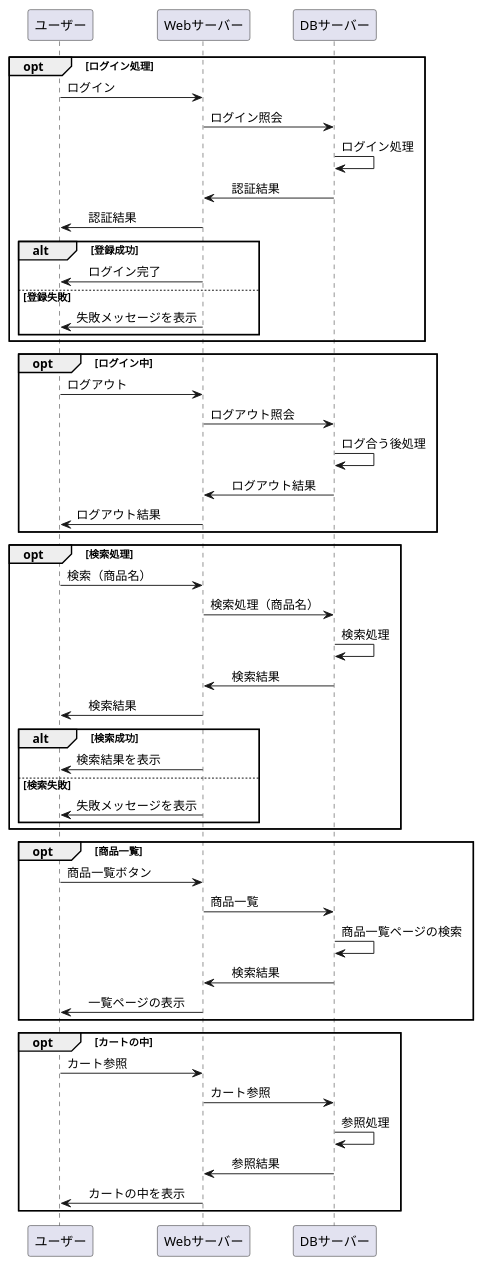
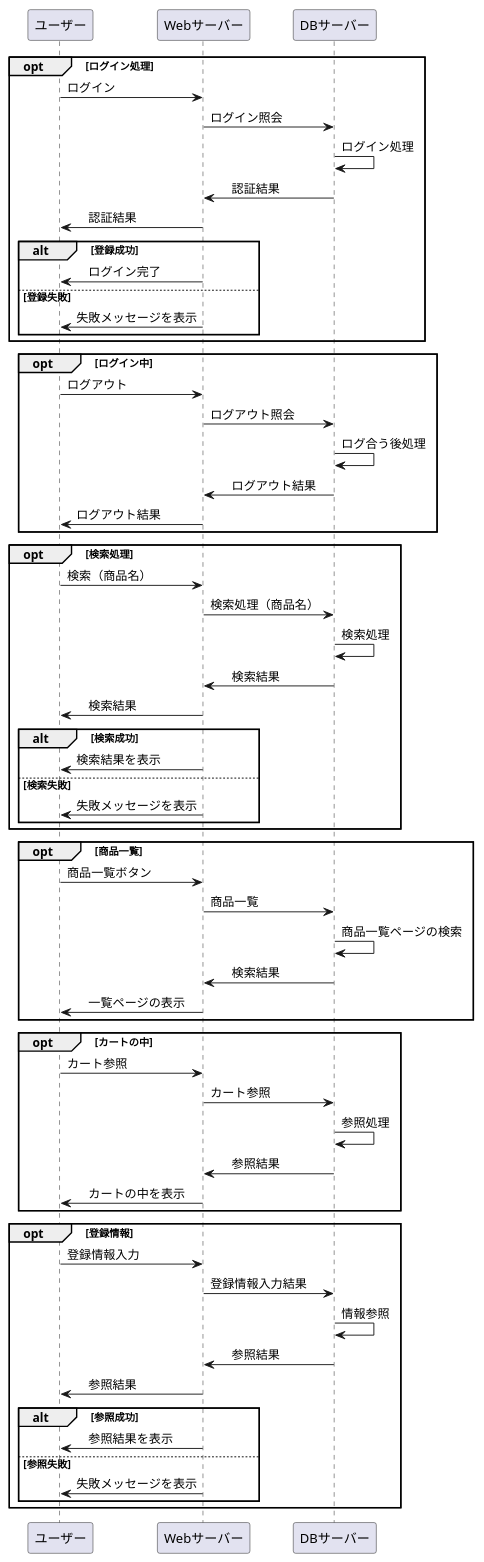
The diagram in sampleGH.md (Aso2101121/2021sys-design), drawn with PlantUML before and after one commit.

````diff
--- a/sampleGH.md
+++ b/sampleGH.md
@@ -1,63 +1,79 @@
 ```uml
 @startuml
 opt ログイン処理
 ユーザー -> Webサーバー : ログイン
 Webサーバー -> DBサーバー : ログイン照会
 DBサーバー -> DBサーバー : ログイン処理
 DBサーバー -> Webサーバー :　認証結果
 Webサーバー -> ユーザー :　認証結果
 
 alt 登録成功
 Webサーバー -> ユーザー :　ログイン完了 
 
 else 登録失敗
 Webサーバー -> ユーザー : 失敗メッセージを表示
 
 end
 end
 
 opt ログイン中
 ユーザー -> Webサーバー : ログアウト
 Webサーバー -> DBサーバー : ログアウト照会
 DBサーバー -> DBサーバー : ログ合う後処理
 DBサーバー -> Webサーバー :　ログアウト結果
 Webサーバー -> ユーザー : ログアウト結果
 
 end
 
 opt 検索処理
 ユーザー -> Webサーバー : 検索（商品名）
 Webサーバー -> DBサーバー : 検索処理（商品名）
 DBサーバー -> DBサーバー : 検索処理
 DBサーバー -> Webサーバー :　検索結果
 Webサーバー -> ユーザー :　検索結果
 
 alt 検索成功
 Webサーバー -> ユーザー : 検索結果を表示
 
 else 検索失敗
 Webサーバー -> ユーザー : 失敗メッセージを表示
 
 end
 end
 
 opt 商品一覧
 ユーザー -> Webサーバー : 商品一覧ボタン
 Webサーバー -> DBサーバー : 商品一覧
 DBサーバー -> DBサーバー : 商品一覧ページの検索
 DBサーバー -> Webサーバー :　検索結果
 Webサーバー -> ユーザー :　一覧ページの表示
 
 end
 
 opt カートの中
 ユーザー -> Webサーバー : カート参照
 Webサーバー -> DBサーバー : カート参照
 DBサーバー -> DBサーバー : 参照処理
 DBサーバー -> Webサーバー :　参照結果
 Webサーバー -> ユーザー :　カートの中を表示
 
 end
 
+opt 登録情報
+ユーザー -> Webサーバー : 登録情報入力
+Webサーバー -> DBサーバー : 登録情報入力結果
+DBサーバー -> DBサーバー : 情報参照
+DBサーバー -> Webサーバー :　参照結果
+Webサーバー -> ユーザー :　参照結果
+
+alt 参照成功
+Webサーバー -> ユーザー :　参照結果を表示 
+
+else 参照失敗
+Webサーバー -> ユーザー : 失敗メッセージを表示
+
+end
+end
+
 @enduml
 ```
````
